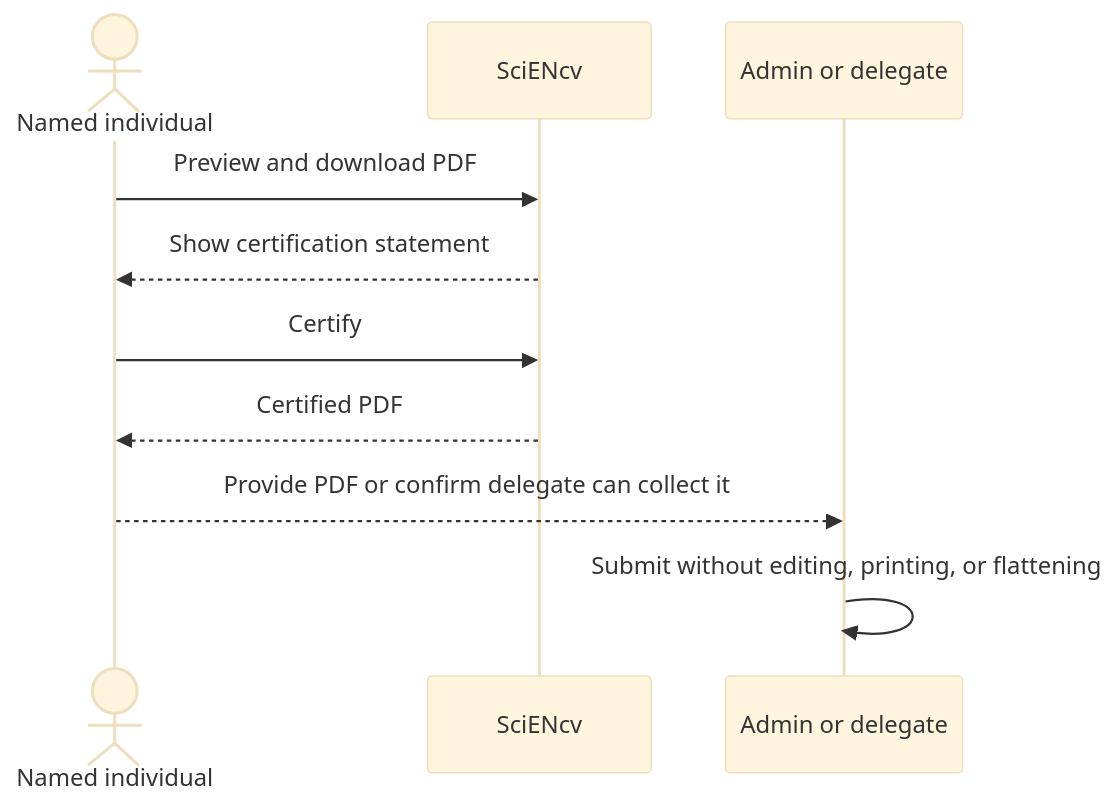
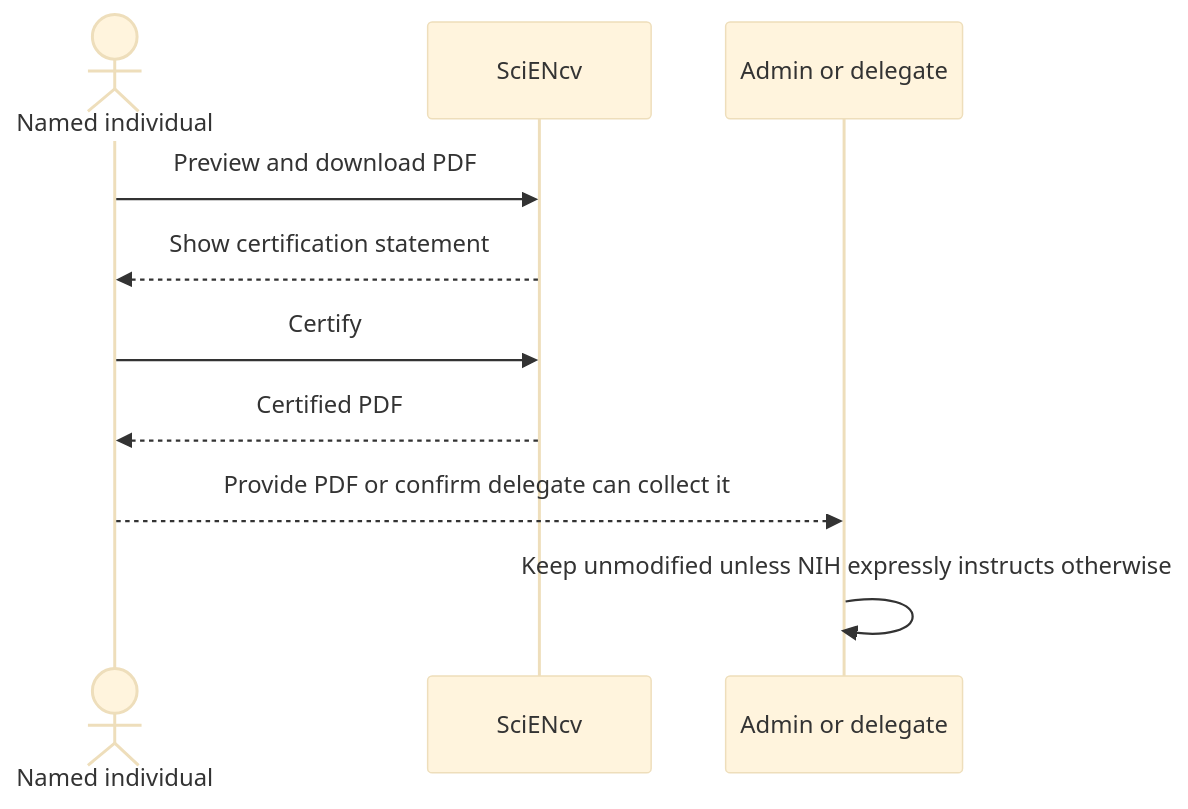
Before and after one commit to FritscheLab/nih-sciencv-playbook: the diagram in docs/biosketch/certify-and-download.md, drawn with Mermaid (base theme). The commit also changed other lines of this file and 48 other files, not shown here.

````diff
--- a/docs/biosketch/certify-and-download.md
+++ b/docs/biosketch/certify-and-download.md
@@ -29,12 +39,12 @@
 ```mermaid
 sequenceDiagram
     actor Person as Named individual
     participant SciENcv
     participant Admin as Admin or delegate
     Person->>SciENcv: Preview and download PDF
     SciENcv-->>Person: Show certification statement
     Person->>SciENcv: Certify
     SciENcv-->>Person: Certified PDF
     Person-->>Admin: Provide PDF or confirm delegate can collect it
-    Admin->>Admin: Submit without editing, printing, or flattening
+    Admin->>Admin: Keep unmodified unless NIH expressly instructs otherwise
 ```
````
